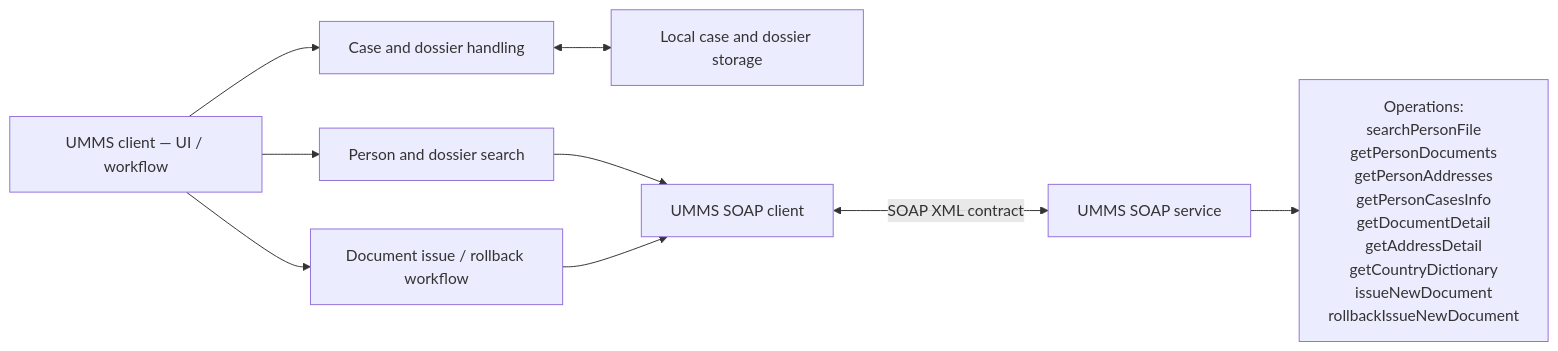
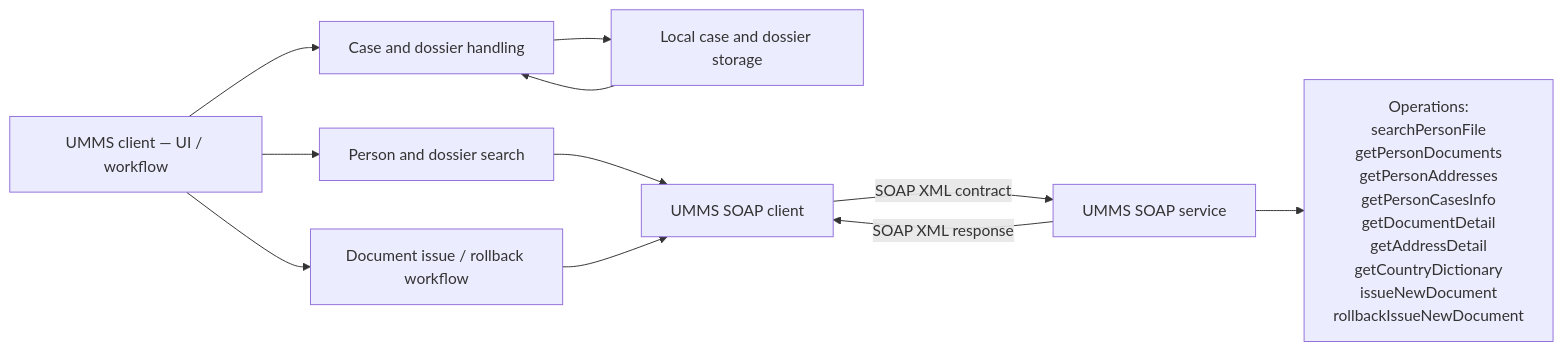
Before and after one commit to ekatmoz88-alt/territory-descriptor-unified: the tenth of 10 diagrams in materials/architecture/README.md, drawn with Mermaid. The commit also changed other lines of this file, not shown here.

````diff
--- a/materials/architecture/README.md
+++ b/materials/architecture/README.md
@@ -284,19 +287,21 @@
 ```mermaid
 flowchart LR
   CLIENT_UI["UMMS client — UI / workflow"]
   PERSON_SEARCH["Person and dossier search"]
   CASE_HANDLING["Case and dossier handling"]
   DOC_WORKFLOW["Document issue / rollback workflow"]
   LOCAL_STORAGE["Local case and dossier storage"]
   SOAP_CLIENT["UMMS SOAP client"]
   UMMS_SERVICE["UMMS SOAP service"]
   SERVICE_OPERATIONS["Operations:<br/>searchPersonFile<br/>getPersonDocuments<br/>getPersonAddresses<br/>getPersonCasesInfo<br/>getDocumentDetail<br/>getAddressDetail<br/>getCountryDictionary<br/>issueNewDocument<br/>rollbackIssueNewDocument"]
   CLIENT_UI --> PERSON_SEARCH
   CLIENT_UI --> CASE_HANDLING
   CLIENT_UI --> DOC_WORKFLOW
-  CASE_HANDLING <--> LOCAL_STORAGE
+  CASE_HANDLING --> LOCAL_STORAGE
+  LOCAL_STORAGE --> CASE_HANDLING
   PERSON_SEARCH --> SOAP_CLIENT
   DOC_WORKFLOW --> SOAP_CLIENT
-  SOAP_CLIENT <-->|SOAP XML contract| UMMS_SERVICE
+  SOAP_CLIENT -->|SOAP XML contract| UMMS_SERVICE
+  UMMS_SERVICE -->|SOAP XML response| SOAP_CLIENT
   UMMS_SERVICE --> SERVICE_OPERATIONS
 ```
````
